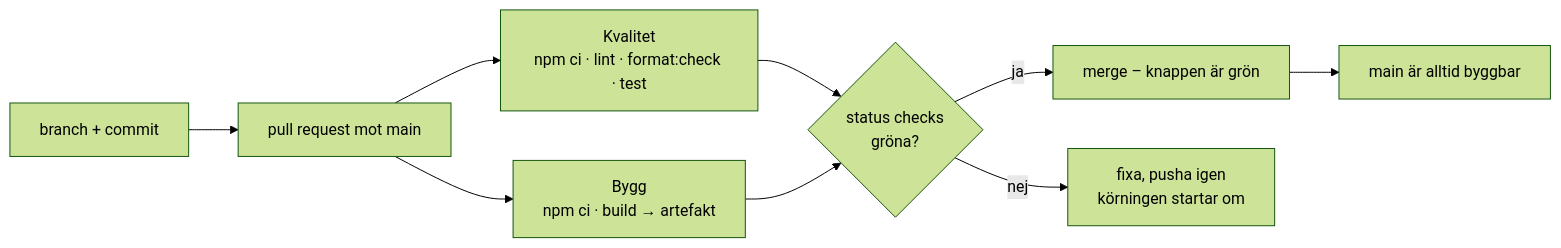
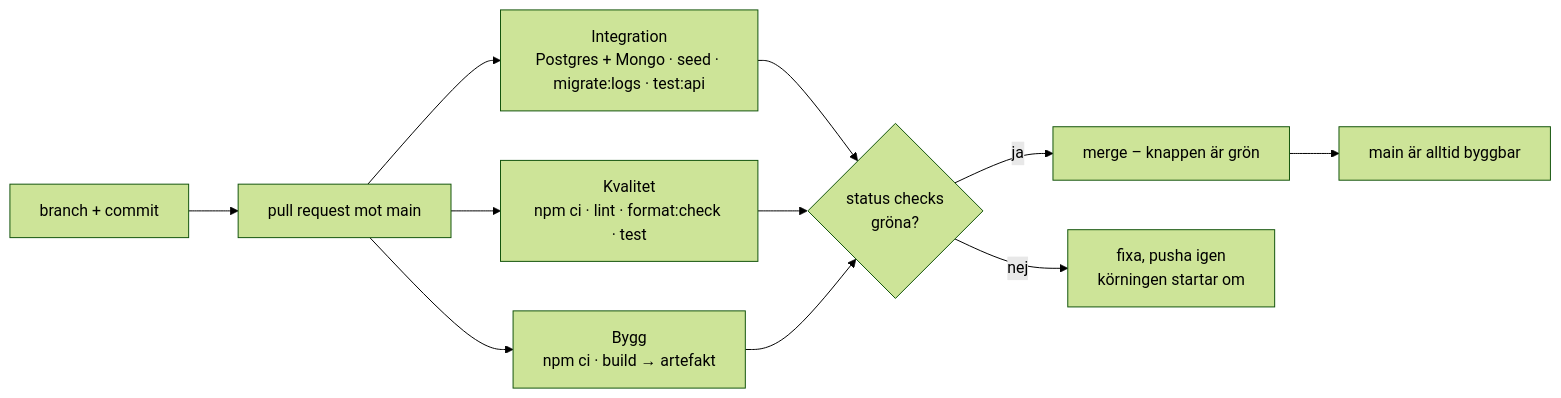
One commit to 1sa1asdev/utpost-test-Isaias changed the diagram in docs/pipeline.md. Above: the diagram before and after it, drawn with Mermaid (forest theme). The commit also changed other lines of this file and 9 other files, not shown here.

````diff
--- a/docs/pipeline.md
+++ b/docs/pipeline.md
@@ -7,11 +7,13 @@
 ```mermaid
 flowchart LR
   B[branch + commit] --> PR[pull request mot main]
   PR --> Q[Kvalitet<br/>npm ci · lint · format:check · test]
   PR --> BU[Bygg<br/>npm ci · build → artefakt]
+  PR --> I[Integration<br/>Postgres + Mongo · seed · migrate:logs · test:api]
+  I --> S
   Q --> S{status checks<br/>gröna?}
   BU --> S
   S -->|ja| M[merge – knappen är grön]
   S -->|nej| F[fixa, pusha igen<br/>körningen startar om]
   M --> MAIN[main är alltid byggbar]
 ```
````
